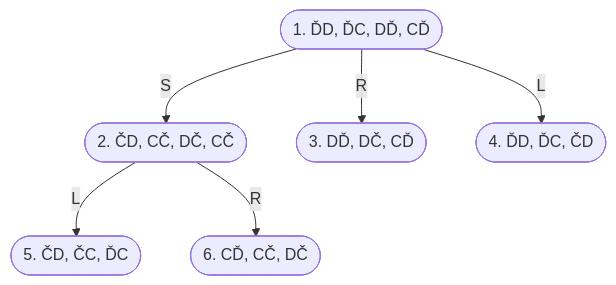
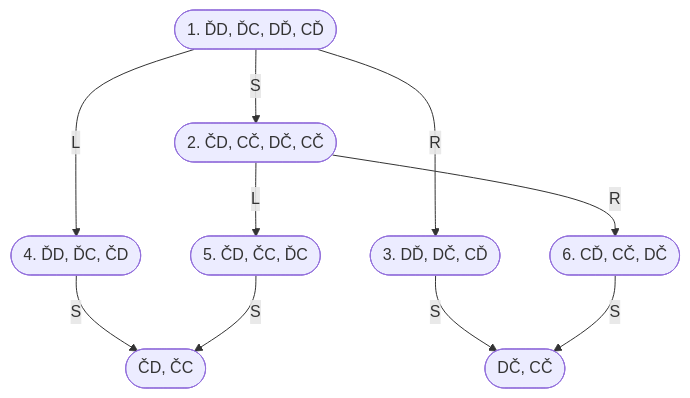
Before and after one commit to conmaol/maglocunus: the sixth of 7 diagrams in p/problems.md, drawn with Mermaid.

Commit message:
Add new states and transitions in problems.md

````diff
--- a/p/problems.md
+++ b/p/problems.md
@@ -161,14 +161,20 @@
 ```mermaid
 graph TD
   kstate1(["1. ĎD, ĎC, DĎ, CĎ"])
   kstate2(["2. ČD, CČ, DČ, CČ"])
   kstate1 -- S --> kstate2
   kstate3(["3. DĎ, DČ, CĎ"])
   kstate1 -- R --> kstate3
   kstate4(["4. ĎD, ĎC, ČD"])
   kstate1 -- L --> kstate4
   kstate5(["5. ČD, ČC, ĎC"])
   kstate2 -- L --> kstate5
   kstate6(["6. CĎ, CČ, DČ"])
   kstate2 -- R --> kstate6
+  kstate7(["ČD, ČC"])
+  kstate4 -- S --> kstate7
+  kstate5 -- S --> kstate7
+  kstate8(["DČ, CČ"])
+  kstate3 -- S --> kstate8
+  kstate6 -- S --> kstate8
 ```
````
